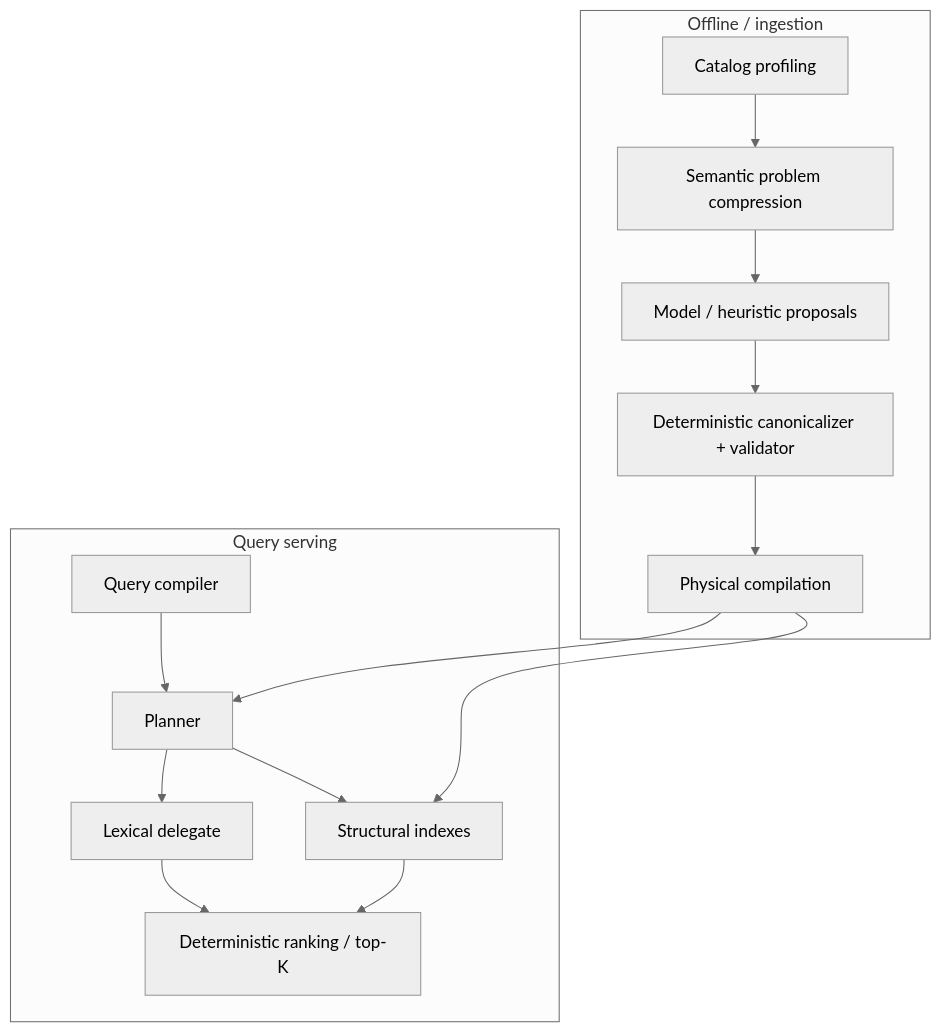
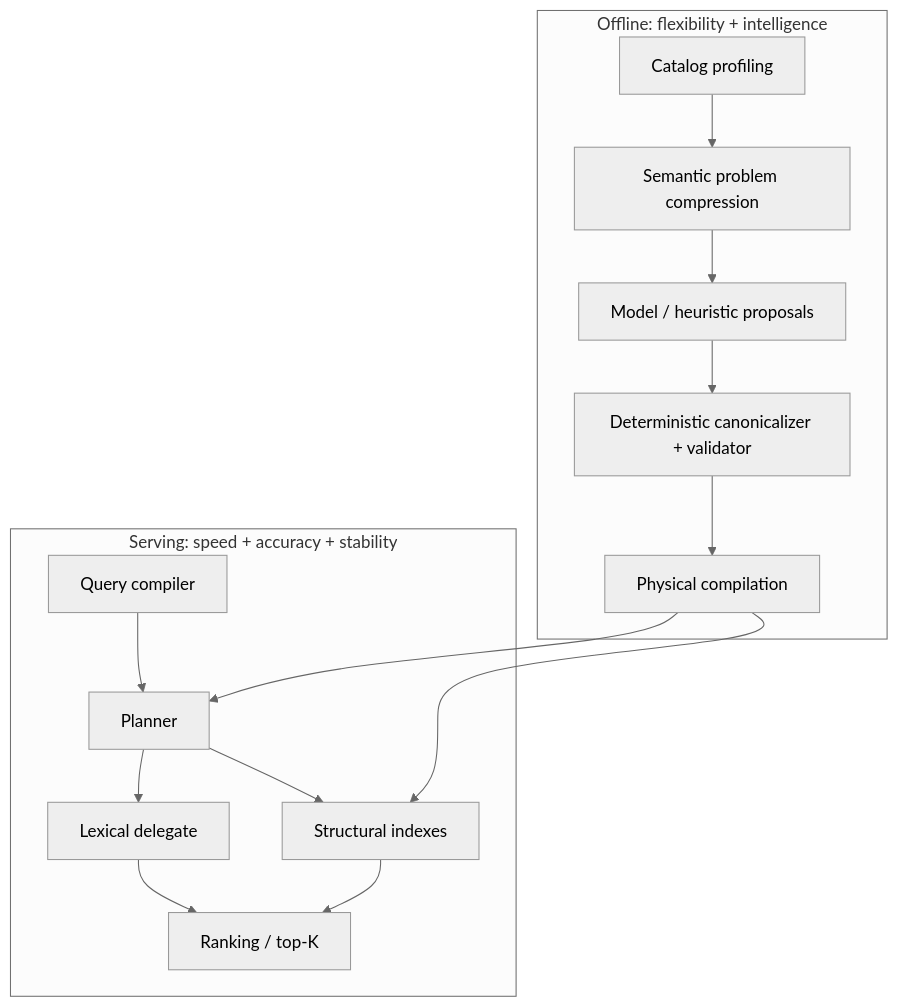
The second of 2 diagrams in README.md (yangjeep/simple-ecommerce-search-engine), drawn with Mermaid (neutral theme) before and after one commit. The commit also changed other lines of this file, not shown here.

````diff
--- a/README.md
+++ b/README.md
@@ -50,25 +56,25 @@
 ```mermaid
 flowchart TB
-    subgraph Offline[Offline / ingestion]
+    subgraph Offline[Offline: flexibility + intelligence]
         P1[Catalog profiling]
         P2[Semantic problem compression]
         P3[Model / heuristic proposals]
         P4[Deterministic canonicalizer + validator]
         P5[Physical compilation]
         P1 --> P2 --> P3 --> P4 --> P5
     end
 
-    subgraph Serving[Query serving]
+    subgraph Serving[Serving: speed + accuracy + stability]
         S1[Query compiler]
         S2[Planner]
         S3[Structural indexes]
         S4[Lexical delegate]
-        S5[Deterministic ranking / top-K]
+        S5[Ranking / top-K]
         S1 --> S2
         S2 --> S3 --> S5
         S2 --> S4 --> S5
     end
 
     P5 --> S3
     P5 --> S2
 ```
````
